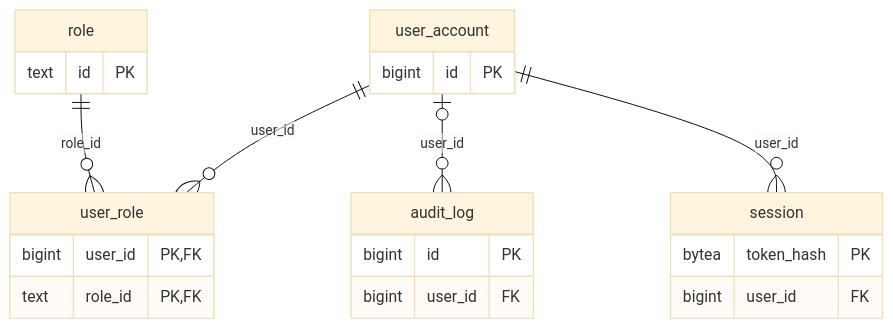
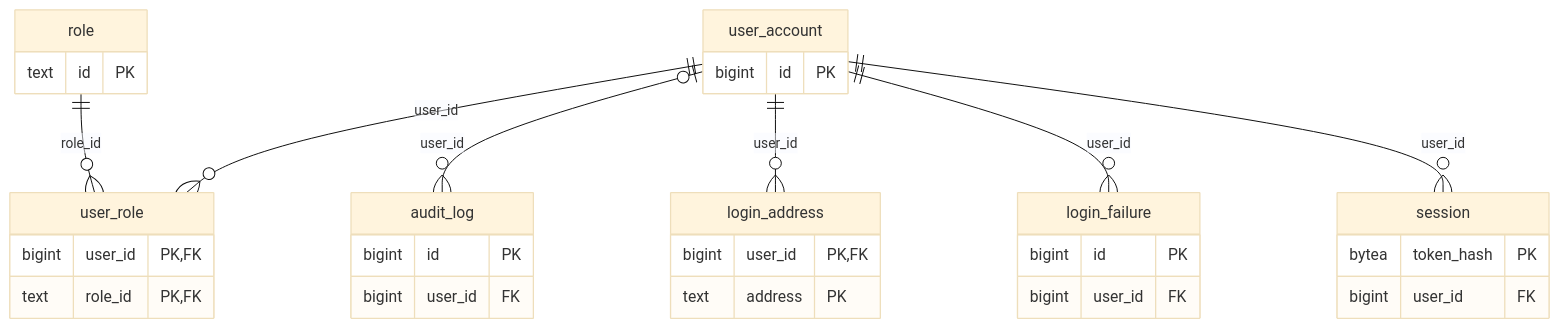
The fourth of 8 diagrams in docs/data-model.md (kubilayture/shopfloor-twin), drawn with Mermaid (base theme) before and after one commit. The commit also changed other lines of this file and 24 other files, not shown here.

````diff
--- a/docs/data-model.md
+++ b/docs/data-model.md
@@ -328,25 +332,35 @@
 ```mermaid
 erDiagram
   audit_log {
+    bigint id PK
+    bigint user_id FK
+  }
+  login_address {
+    bigint user_id PK, FK
+    text address PK
+  }
+  login_failure {
     bigint id PK
     bigint user_id FK
   }
   role {
     text id PK
   }
   session {
     bytea token_hash PK
     bigint user_id FK
   }
   user_account {
     bigint id PK
   }
   user_role {
     bigint user_id PK, FK
     text role_id PK, FK
   }
   user_account |o--o{ audit_log : "user_id"
+  user_account ||--o{ login_address : "user_id"
+  user_account ||--o{ login_failure : "user_id"
   user_account ||--o{ session : "user_id"
   role ||--o{ user_role : "role_id"
   user_account ||--o{ user_role : "user_id"
 ```
````
